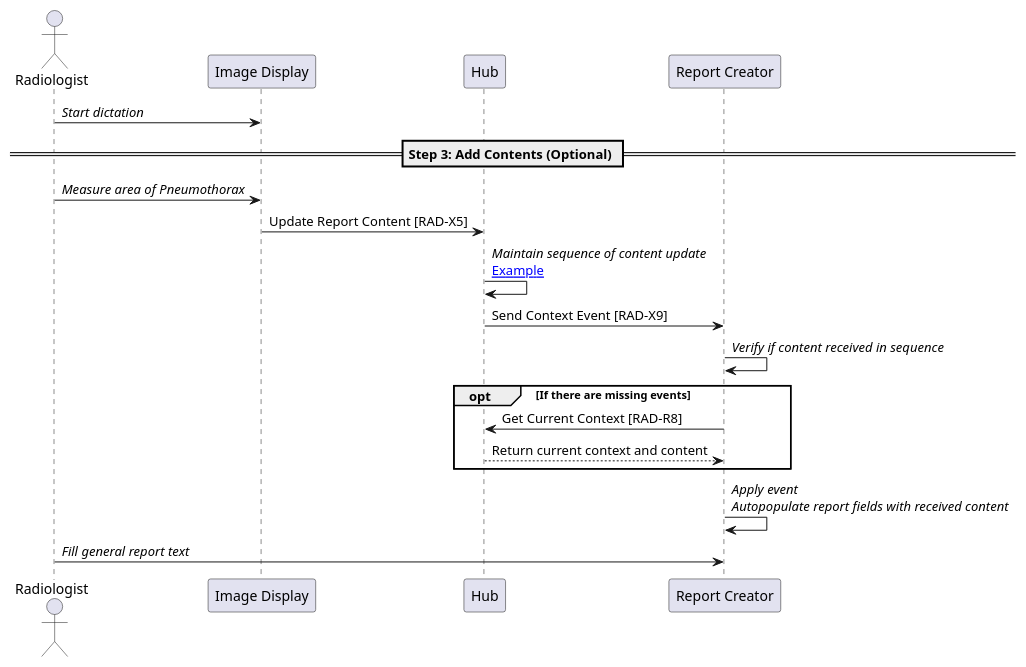
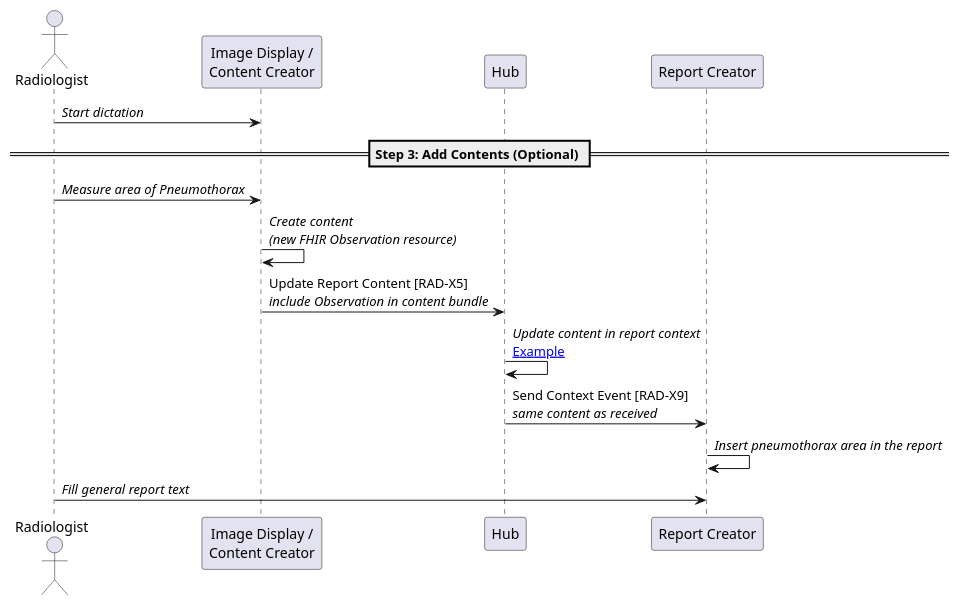
The diagram in input/images-source/step3-add-measurements.plantuml (IHE/RAD.IRA), drawn with PlantUML before and after one commit.

Commit message:
Focus on simple case. Remove the error handing. Update transactions to be relevant to the specific example (pneumothorax area).

```diff
--- a/input/images-source/step3-add-measurements.plantuml
+++ b/input/images-source/step3-add-measurements.plantuml
@@ -1,28 +1,23 @@
 @startuml
 
 actor Radiologist as User
-participant "Image Display" as PACS
+participant "Image Display /\nContent Creator" as PACS
 participant "Hub" as Hub
 participant "Report Creator" as Report
 
 User->PACS: //Start dictation//
 
 == Step 3: Add Contents (Optional) ==
 
 User->PACS: //Measure area of Pneumothorax//
 
-PACS->Hub: Update Report Content [RAD-X5]
-Hub->Hub: //Maintain sequence of content update//\n[[update_study_with_measurement.html#available-context-and-content-in-hub Example]]
-Hub->Report: Send Context Event [RAD-X9]
-Report->Report: //Verify if content received in sequence//
+PACS->PACS: //Create content//\n//(new FHIR Observation resource)//
 
-    opt If there are missing events
-    Report->Hub: Get Current Context [RAD-R8]
-    Hub-->Report: Return current context and content
-    end opt
-
-Report->Report: //Apply event//\n//Autopopulate report fields with received content//
+PACS->Hub: Update Report Content [RAD-X5]\n//include Observation in content bundle//
+Hub->Hub: //Update content in report context//\n[[update_study_with_measurement.html#available-context-and-content-in-hub Example]]
+Hub->Report: Send Context Event [RAD-X9]\n//same content as received//
+Report->Report: //Insert pneumothorax area in the report//
 
 User->Report: //Fill general report text//
 
 @enduml
```
